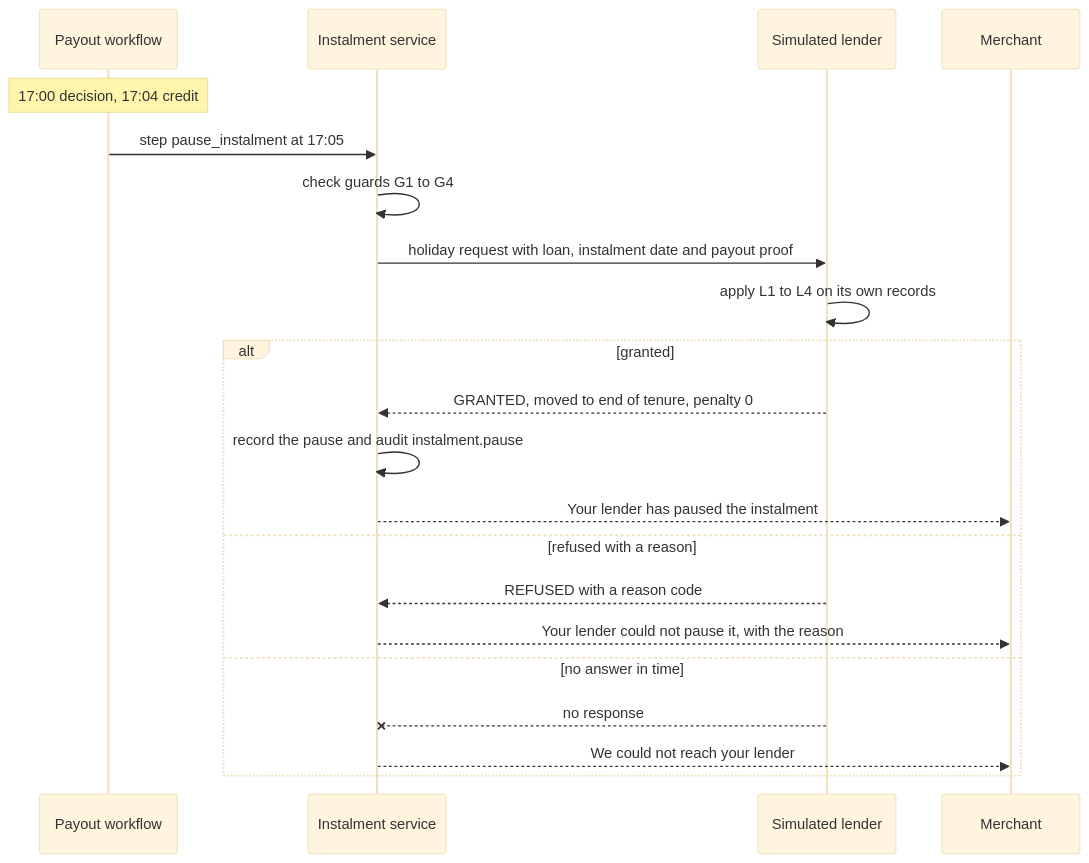
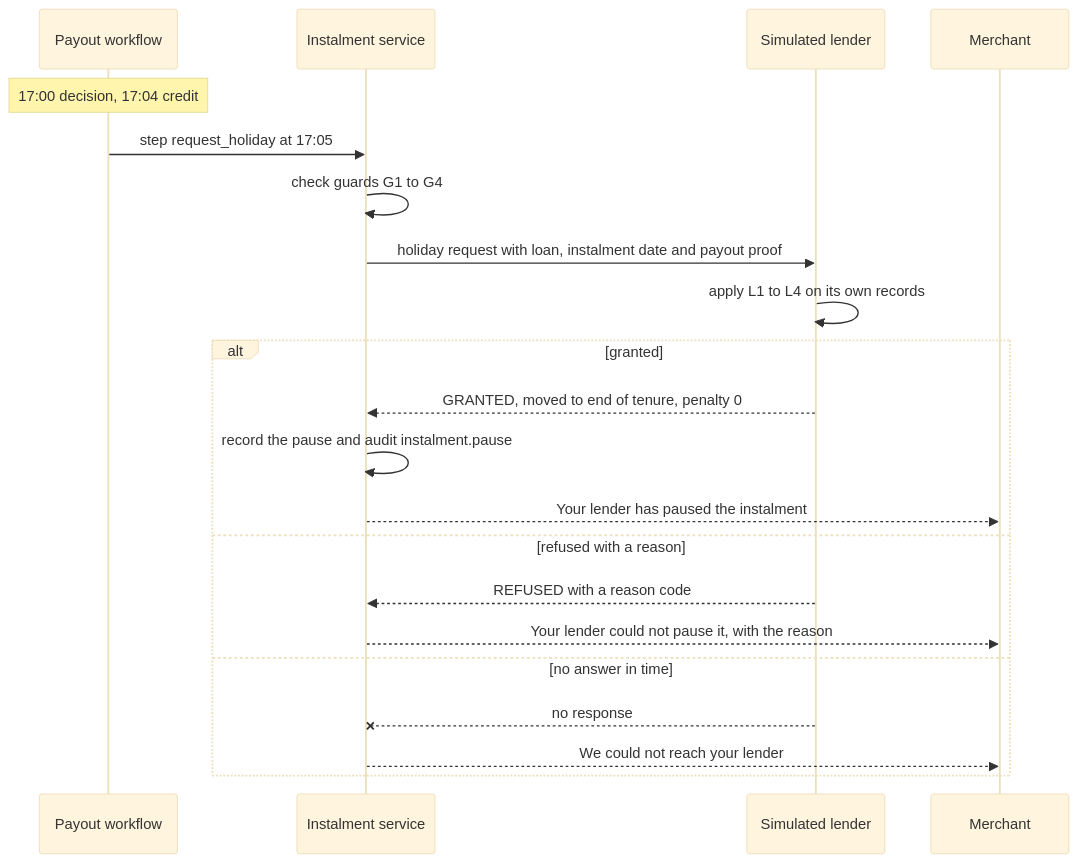
The first of 2 diagrams in docs/02-product/feature-specs/fs-03-edi-holiday.md (UjjwalPardeshi/Chhatri), drawn with Mermaid (base theme) before and after one commit. The commit also changed other lines of this file and 55 other files, not shown here.

````diff
--- a/docs/02-product/feature-specs/fs-03-edi-holiday.md
+++ b/docs/02-product/feature-specs/fs-03-edi-holiday.md
@@ -75,23 +75,23 @@
 ```mermaid
 sequenceDiagram
   participant WF as Payout workflow
   participant Svc as Instalment service
   participant L as Simulated lender
   participant M as Merchant
   Note over WF: 17:00 decision, 17:04 credit
-  WF->>Svc: step pause_instalment at 17:05
+  WF->>Svc: step request_holiday at 17:05
   Svc->>Svc: check guards G1 to G4
   Svc->>L: holiday request with loan, instalment date and payout proof
   L->>L: apply L1 to L4 on its own records
   alt granted
     L-->>Svc: GRANTED, moved to end of tenure, penalty 0
     Svc->>Svc: record the pause and audit instalment.pause
     Svc-->>M: Your lender has paused the instalment
   else refused with a reason
     L-->>Svc: REFUSED with a reason code
     Svc-->>M: Your lender could not pause it, with the reason
   else no answer in time
     L--xSvc: no response
     Svc-->>M: We could not reach your lender
   end
 ```
````
